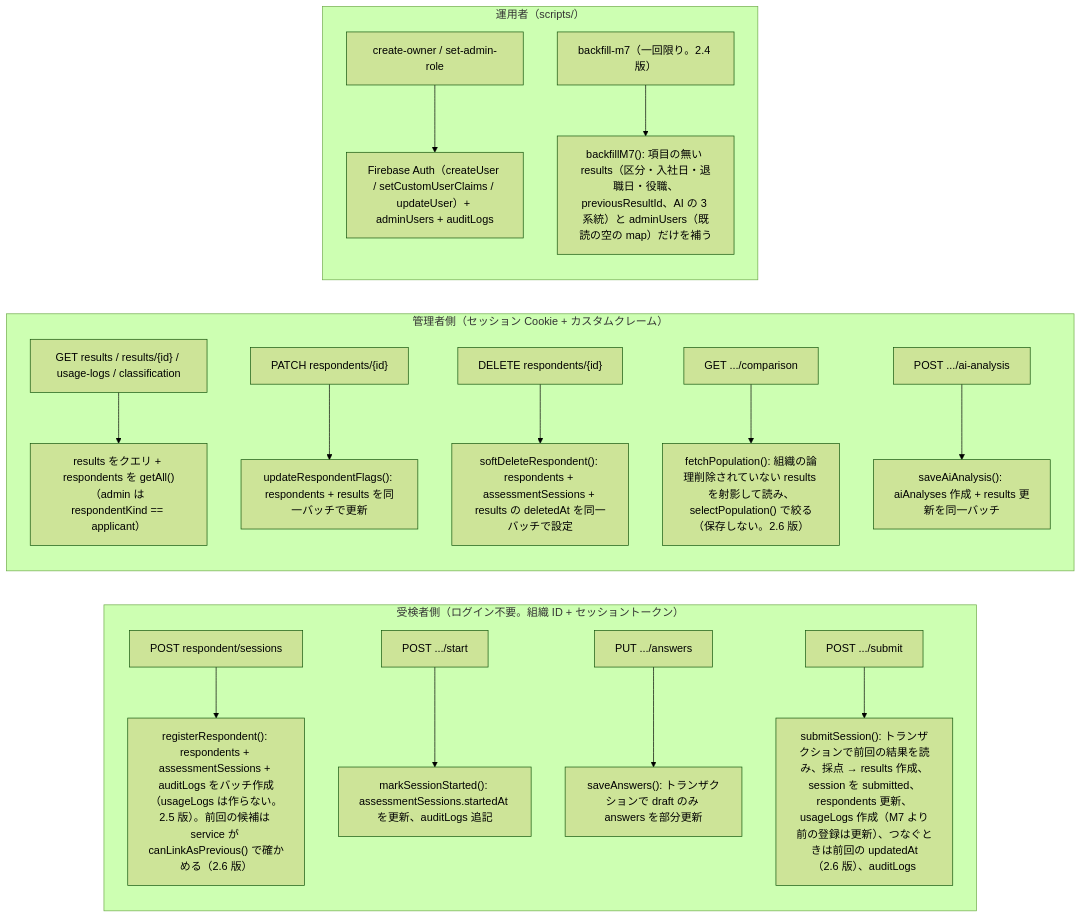
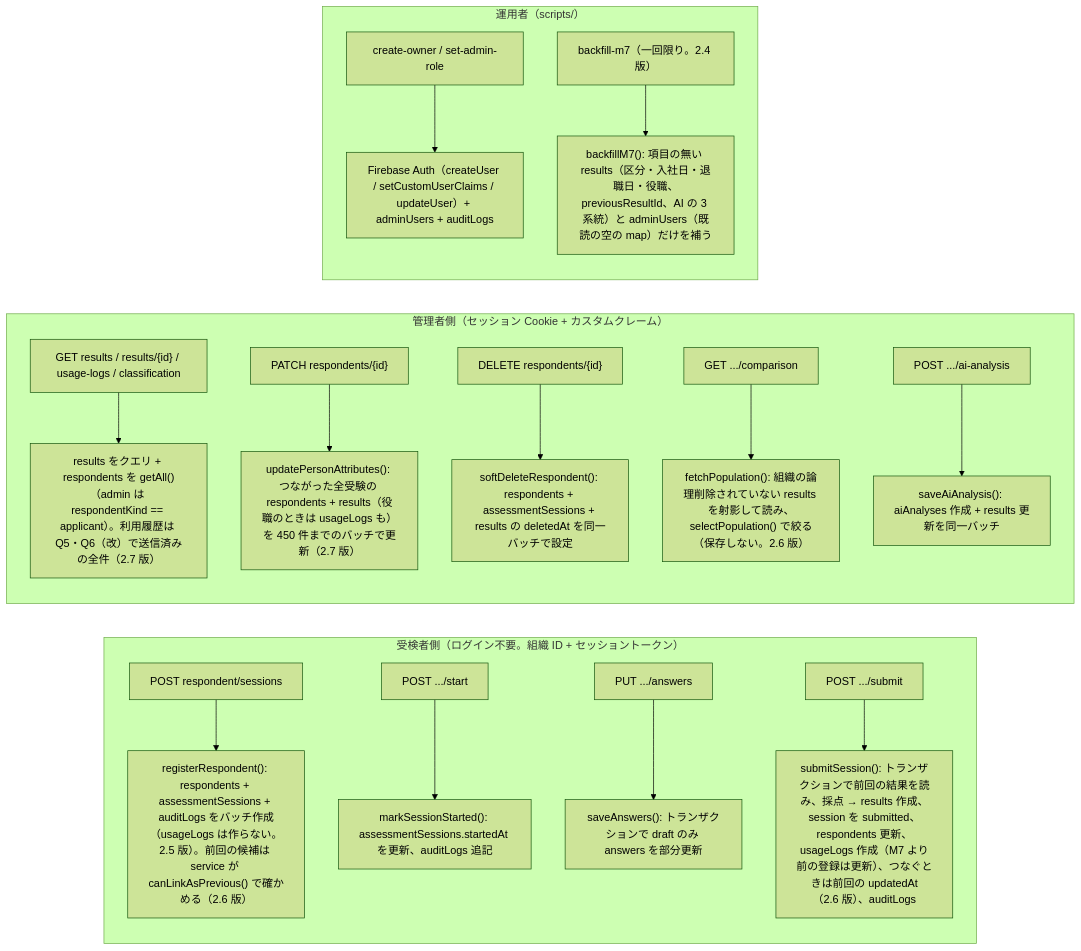
The second of 3 diagrams in docs/基本設計/02_データベース設計.md (tanukichiyamaguchi/Tekisei-Kensa), drawn with Mermaid (forest theme) before and after one commit. The commit also changed other lines of this file and 45 other files, not shown here.

````diff
--- a/docs/基本設計/02_データベース設計.md
+++ b/docs/基本設計/02_データベース設計.md
@@ -237,20 +237,20 @@
 ```mermaid
 flowchart LR
     subgraph respondentSide["受検者側（ログイン不要。組織 ID + セッショントークン）"]
         R1["POST respondent/sessions"] --> T1["registerRespondent(): respondents + assessmentSessions + auditLogs をバッチ作成（usageLogs は作らない。2.5 版）。前回の候補は service が canLinkAsPrevious() で確かめる（2.6 版）"]
         R0["POST .../start"] --> T0["markSessionStarted(): assessmentSessions.startedAt を更新、auditLogs 追記"]
         R2["PUT .../answers"] --> T2["saveAnswers(): トランザクションで draft のみ answers を部分更新"]
         R3["POST .../submit"] --> T3["submitSession(): トランザクションで前回の結果を読み、採点 → results 作成、session を submitted、respondents 更新、usageLogs 作成（M7 より前の登録は更新）、つなぐときは前回の updatedAt（2.6 版）、auditLogs"]
     end
     subgraph adminSide["管理者側（セッション Cookie + カスタムクレーム）"]
-        A1["GET results / results/{id} / usage-logs / classification"] --> T4["results をクエリ + respondents を getAll()（admin は respondentKind == applicant）"]
-        A2["PATCH respondents/{id}"] --> T5["updateRespondentFlags(): respondents + results を同一バッチで更新"]
+        A1["GET results / results/{id} / usage-logs / classification"] --> T4["results をクエリ + respondents を getAll()（admin は respondentKind == applicant）。利用履歴は Q5・Q6（改）で送信済みの全件（2.7 版）"]
+        A2["PATCH respondents/{id}"] --> T5["updatePersonAttributes(): つながった全受験の respondents + results（役職のときは usageLogs も）を 450 件までのバッチで更新（2.7 版）"]
         A3["DELETE respondents/{id}"] --> T6["softDeleteRespondent(): respondents + assessmentSessions + results の deletedAt を同一バッチで設定"]
         A4["GET .../comparison"] --> T7["fetchPopulation(): 組織の論理削除されていない results を射影して読み、selectPopulation() で絞る（保存しない。2.6 版）"]
         A5["POST .../ai-analysis"] --> T8["saveAiAnalysis(): aiAnalyses 作成 + results 更新を同一バッチ"]
     end
     subgraph ops["運用者（scripts/）"]
         S1["create-owner / set-admin-role"] --> T9["Firebase Auth（createUser / setCustomUserClaims / updateUser）+ adminUsers + auditLogs"]
         S2["backfill-m7（一回限り。2.4 版）"] --> T10["backfillM7(): 項目の無い results（区分・入社日・退職日・役職、previousResultId、AI の 3 系統）と adminUsers（既読の空の map）だけを補う"]
     end
 ```
````
